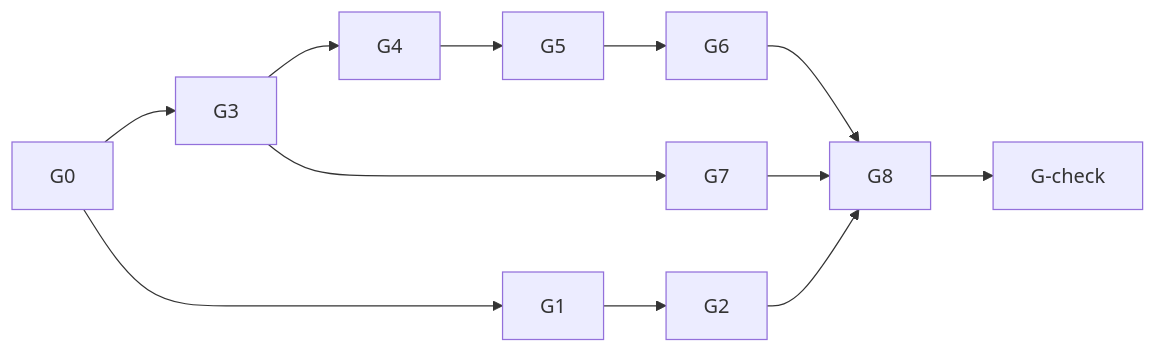
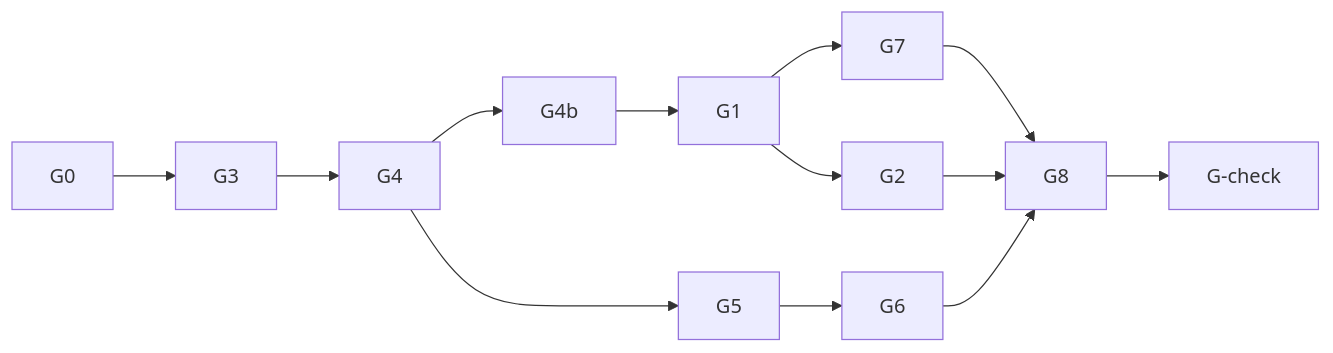
Before and after one commit to DvornikovArtem/myengine: the diagram in docs/game/rl-online.md, drawn with Mermaid. The commit also changed other lines of this file and 34 other files, not shown here.

````diff
--- a/docs/game/rl-online.md
+++ b/docs/game/rl-online.md
@@ -268,7 +269,7 @@
 ```mermaid
 flowchart LR
-    G0 --> G3 --> G4 --> G5 --> G6 --> G8
-    G0 --> G1 --> G2 --> G8
-    G3 --> G7 --> G8
+    G0 --> G3 --> G4 --> G4b --> G1 --> G7 --> G8
+    G4 --> G5 --> G6 --> G8
+    G1 --> G2 --> G8
     G8 --> GC["G-check"]
 ```
````
